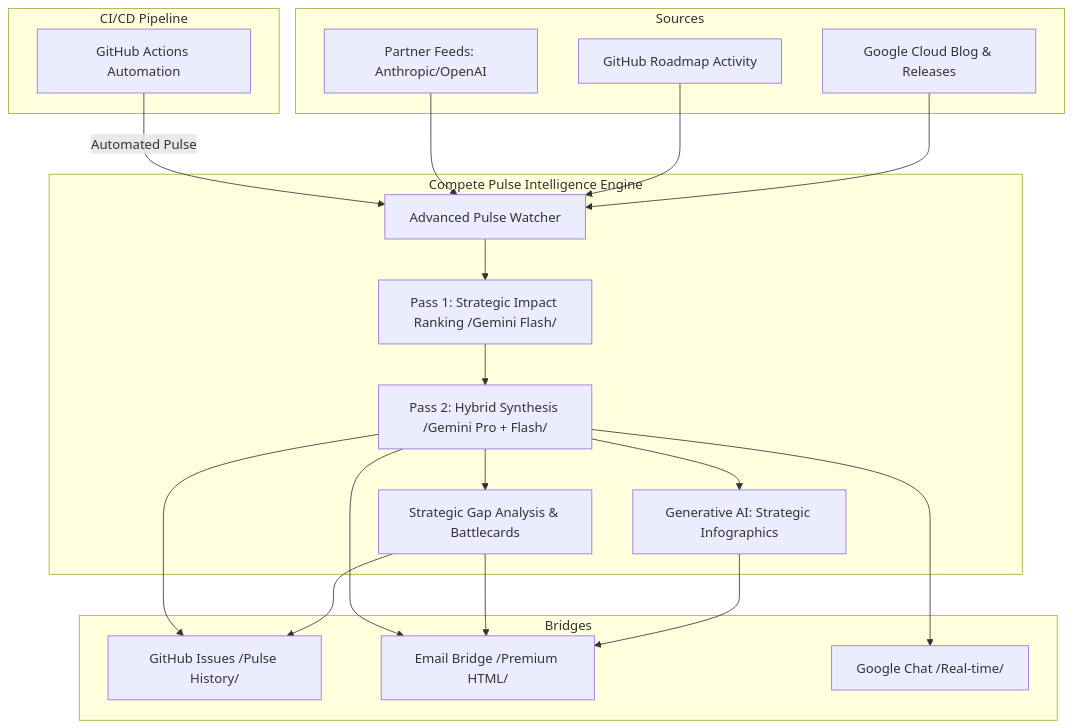
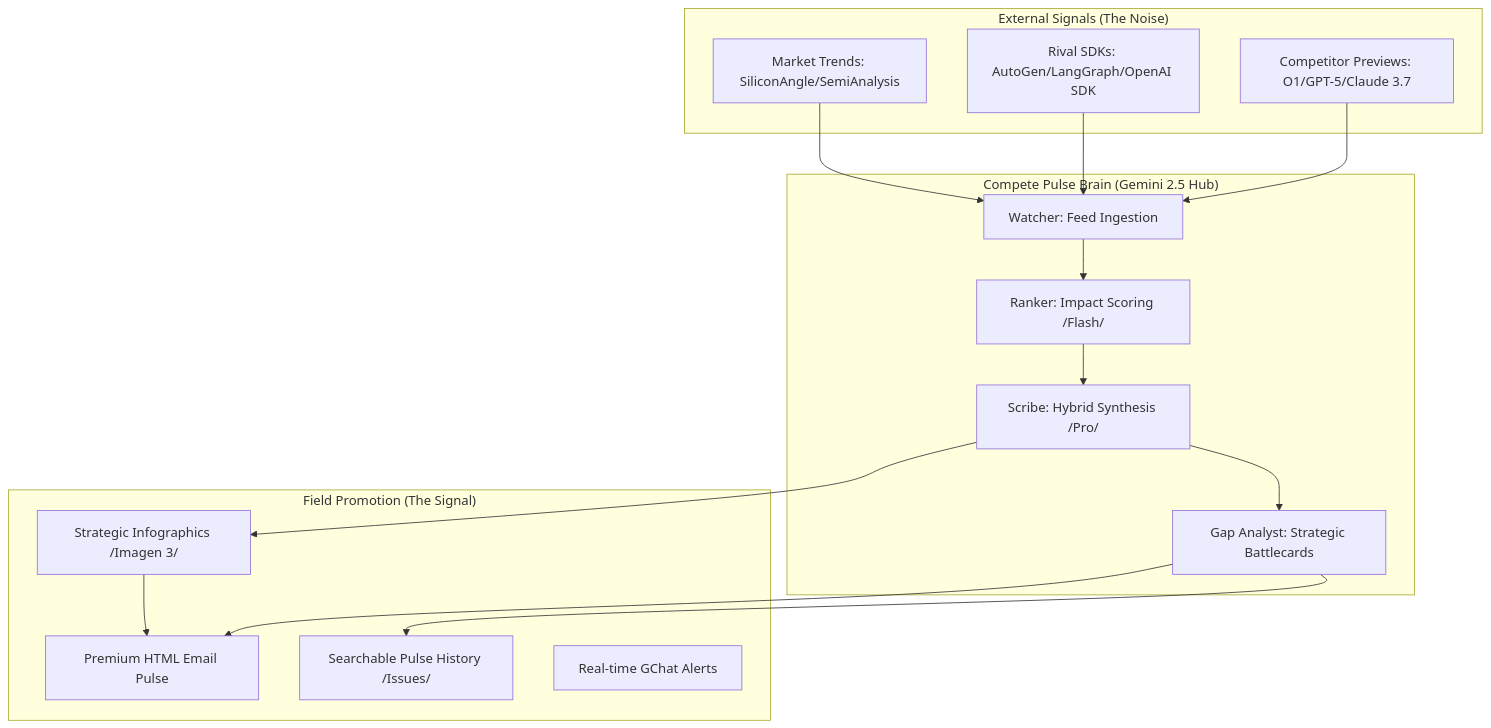
Before and after one commit to enriquekalven/compete-pulse: the diagram in README.md, drawn with Mermaid. The commit also changed other lines of this file and 2 other files, not shown here.

Commit message:
Docs Rebuild: High-fidelity README, ROADMAP, and Architecture Visuals

````diff
--- a/README.md
+++ b/README.md
@@ -8,44 +13,35 @@
 ```mermaid
 graph TD
-    subgraph Sources
-        GC[Google Cloud Blog & Releases]
-        GH[GitHub Roadmap Activity]
-        PA[Partner Feeds: Anthropic/OpenAI]
+    subgraph "External Signals (The Noise)"
+        C1[Competitor Previews: O1/GPT-5/Claude 3.7]
+        C2[Rival SDKs: AutoGen/LangGraph/OpenAI SDK]
+        C3[Market Trends: SiliconAngle/SemiAnalysis]
     end
 
-    subgraph "Compete Pulse Intelligence Engine"
-        W[Advanced Pulse Watcher]
-        R[Pass 1: Strategic Impact Ranking /Gemini Flash/]
-        A[Pass 2: Hybrid Synthesis /Gemini Pro + Flash/]
-        IG[Generative AI: Strategic Infographics]
-        GA[Strategic Gap Analysis & Battlecards]
+    subgraph "Compete Pulse Brain (Gemini 2.5 Hub)"
+        W[Watcher: Feed Ingestion]
+        R[Ranker: Impact Scoring /Flash/]
+        S[Scribe: Hybrid Synthesis /Pro/]
+        GA[Gap Analyst: Strategic Battlecards]
         
         W --> R
-        R --> A
-        A --> IG
-        A --> GA
+        R --> S
+        S --> GA
     end
 
-    subgraph Bridges
-        GI[GitHub Issues /Pulse History/]
-        EM[Email Bridge /Premium HTML/]
-        GChat[Google Chat /Real-time/]
+    subgraph "Field Promotion (The Signal)"
+        EM[Premium HTML Email Pulse]
+        GH[Searchable Pulse History /Issues/]
+        GC[Real-time GChat Alerts]
+        IG[Strategic Infographics /Imagen 3/]
     end
 
-    GC --> W
-    GH --> W
-    PA --> W
+    C1 --> W
+    C2 --> W
+    C3 --> W
     
+    GA --> EM
+    GA --> GH
+    S --> IG
     IG --> EM
-    GA --> EM
-    GA --> GI
-    
-    A --> GI
-    A --> EM
-    A --> GChat
-    
-    subgraph "CI/CD Pipeline"
-        GAP[GitHub Actions Automation]
-        GAP --> |Automated Pulse| W
-    end
 ```
````
